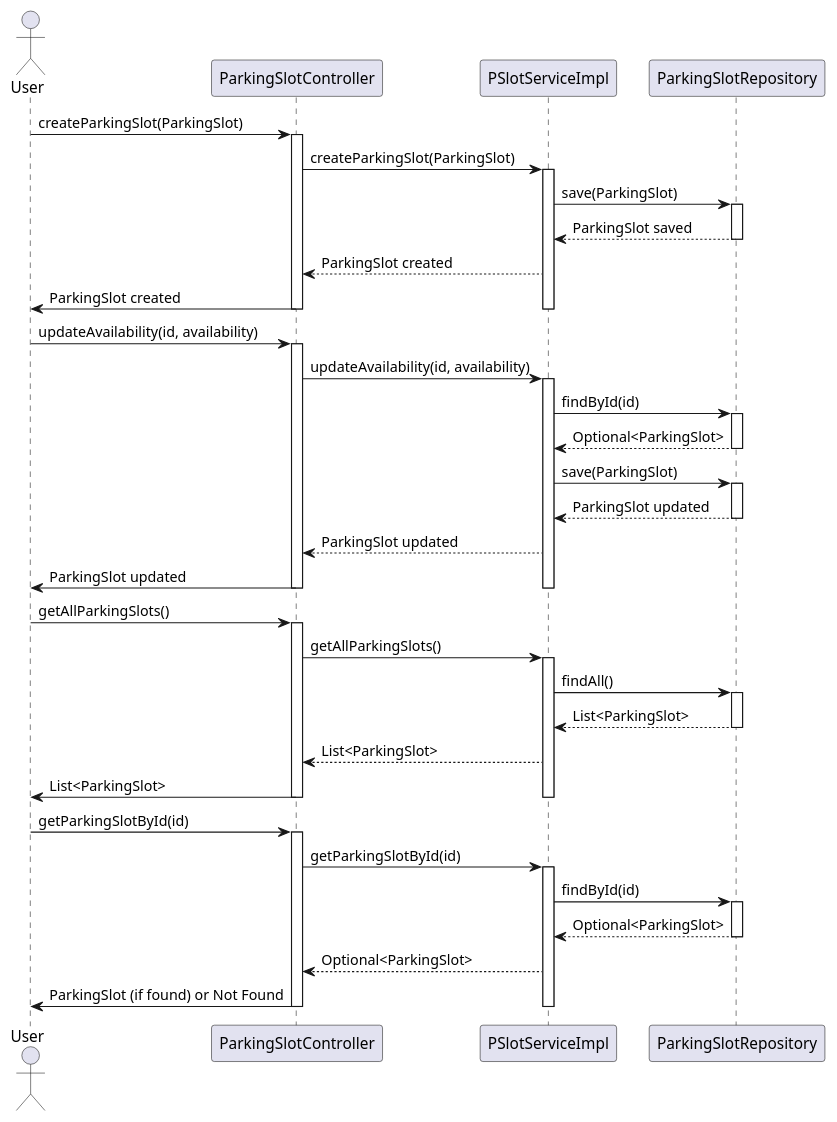
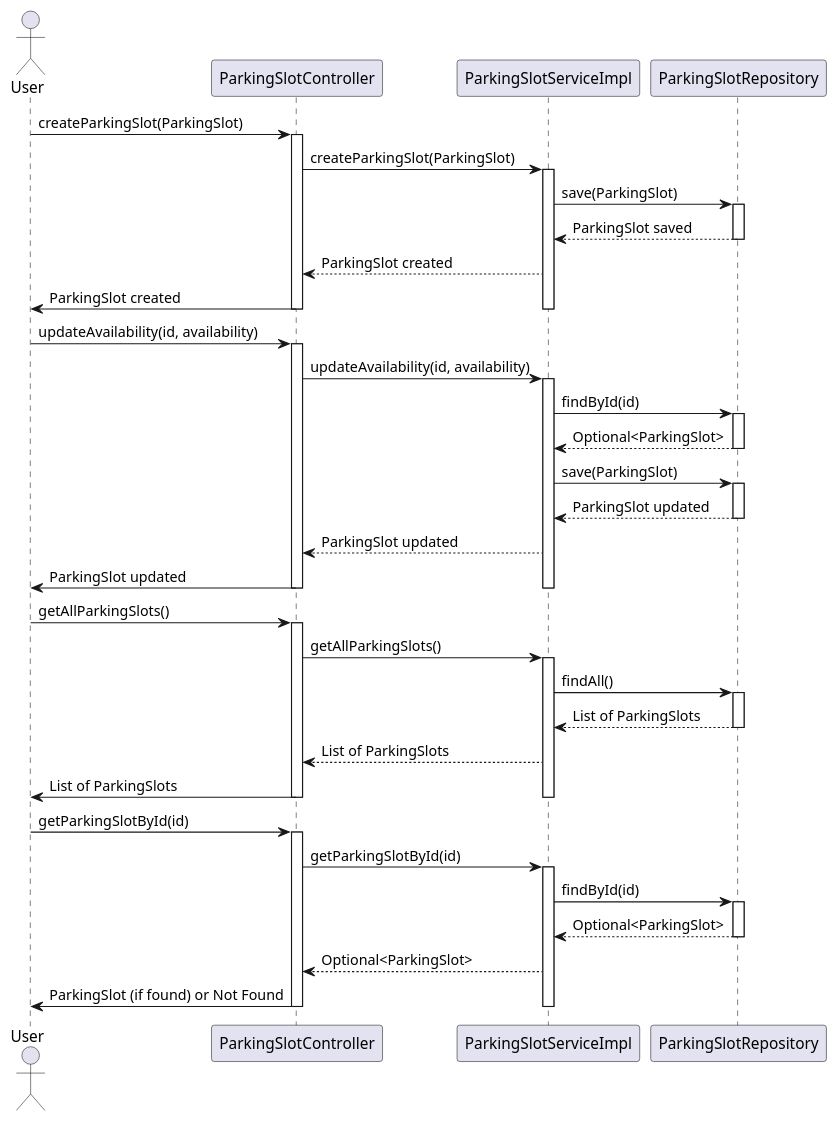
Before and after one commit to RakusasuDorea/MicroserviceDemo: the diagram in parkingslot-service/src/uml/ParkingSlot.puml, drawn with PlantUML. The commit also changed 15 other files, not shown here.

Commit message:
Fix Naming Conventions, Best Practices, UML

```diff
--- a/parkingslot-service/src/uml/ParkingSlot.puml
+++ b/parkingslot-service/src/uml/ParkingSlot.puml
@@ -1,64 +1,64 @@
 @startuml
 
 actor User
 participant ParkingSlotController
-participant PSlotServiceImpl
+participant ParkingSlotServiceImpl
 participant ParkingSlotRepository
 
 User -> ParkingSlotController: createParkingSlot(ParkingSlot)
 activate ParkingSlotController
-ParkingSlotController -> PSlotServiceImpl: createParkingSlot(ParkingSlot)
-activate PSlotServiceImpl
-PSlotServiceImpl -> ParkingSlotRepository: save(ParkingSlot)
+ParkingSlotController -> ParkingSlotServiceImpl: createParkingSlot(ParkingSlot)
+activate ParkingSlotServiceImpl
+ParkingSlotServiceImpl -> ParkingSlotRepository: save(ParkingSlot)
 activate ParkingSlotRepository
-ParkingSlotRepository --> PSlotServiceImpl: ParkingSlot saved
+ParkingSlotRepository --> ParkingSlotServiceImpl: ParkingSlot saved
 deactivate ParkingSlotRepository
-PSlotServiceImpl --> ParkingSlotController: ParkingSlot created
+ParkingSlotServiceImpl --> ParkingSlotController: ParkingSlot created
 ParkingSlotController -> User: ParkingSlot created
-deactivate PSlotServiceImpl
+deactivate ParkingSlotServiceImpl
 deactivate ParkingSlotController
 
 User -> ParkingSlotController: updateAvailability(id, availability)
 activate ParkingSlotController
-ParkingSlotController -> PSlotServiceImpl: updateAvailability(id, availability)
-activate PSlotServiceImpl
-PSlotServiceImpl -> ParkingSlotRepository: findById(id)
+ParkingSlotController -> ParkingSlotServiceImpl: updateAvailability(id, availability)
+activate ParkingSlotServiceImpl
+ParkingSlotServiceImpl -> ParkingSlotRepository: findById(id)
 activate ParkingSlotRepository
-ParkingSlotRepository --> PSlotServiceImpl: Optional<ParkingSlot>
+ParkingSlotRepository --> ParkingSlotServiceImpl: Optional<ParkingSlot>
 deactivate ParkingSlotRepository
-PSlotServiceImpl -> ParkingSlotRepository: save(ParkingSlot)
+ParkingSlotServiceImpl -> ParkingSlotRepository: save(ParkingSlot)
 activate ParkingSlotRepository
-ParkingSlotRepository --> PSlotServiceImpl: ParkingSlot updated
+ParkingSlotRepository --> ParkingSlotServiceImpl: ParkingSlot updated
 deactivate ParkingSlotRepository
-PSlotServiceImpl --> ParkingSlotController: ParkingSlot updated
+ParkingSlotServiceImpl --> ParkingSlotController: ParkingSlot updated
 ParkingSlotController -> User: ParkingSlot updated
-deactivate PSlotServiceImpl
+deactivate ParkingSlotServiceImpl
 deactivate ParkingSlotController
 
 User -> ParkingSlotController: getAllParkingSlots()
 activate ParkingSlotController
-ParkingSlotController -> PSlotServiceImpl: getAllParkingSlots()
-activate PSlotServiceImpl
-PSlotServiceImpl -> ParkingSlotRepository: findAll()
+ParkingSlotController -> ParkingSlotServiceImpl: getAllParkingSlots()
+activate ParkingSlotServiceImpl
+ParkingSlotServiceImpl -> ParkingSlotRepository: findAll()
 activate ParkingSlotRepository
-ParkingSlotRepository --> PSlotServiceImpl: List<ParkingSlot>
+ParkingSlotRepository --> ParkingSlotServiceImpl: List of ParkingSlots
 deactivate ParkingSlotRepository
-PSlotServiceImpl --> ParkingSlotController: List<ParkingSlot>
-ParkingSlotController -> User: List<ParkingSlot>
-deactivate PSlotServiceImpl
+ParkingSlotServiceImpl --> ParkingSlotController: List of ParkingSlots
+ParkingSlotController -> User: List of ParkingSlots
+deactivate ParkingSlotServiceImpl
 deactivate ParkingSlotController
 
 User -> ParkingSlotController: getParkingSlotById(id)
 activate ParkingSlotController
-ParkingSlotController -> PSlotServiceImpl: getParkingSlotById(id)
-activate PSlotServiceImpl
-PSlotServiceImpl -> ParkingSlotRepository: findById(id)
+ParkingSlotController -> ParkingSlotServiceImpl: getParkingSlotById(id)
+activate ParkingSlotServiceImpl
+ParkingSlotServiceImpl -> ParkingSlotRepository: findById(id)
 activate ParkingSlotRepository
-ParkingSlotRepository --> PSlotServiceImpl: Optional<ParkingSlot>
+ParkingSlotRepository --> ParkingSlotServiceImpl: Optional<ParkingSlot>
 deactivate ParkingSlotRepository
-PSlotServiceImpl --> ParkingSlotController: Optional<ParkingSlot>
+ParkingSlotServiceImpl --> ParkingSlotController: Optional<ParkingSlot>
 ParkingSlotController -> User: ParkingSlot (if found) or Not Found
-deactivate PSlotServiceImpl
+deactivate ParkingSlotServiceImpl
 deactivate ParkingSlotController
 
 @enduml
```
